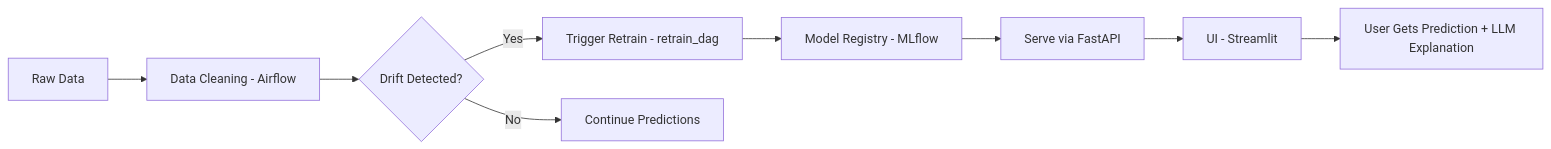
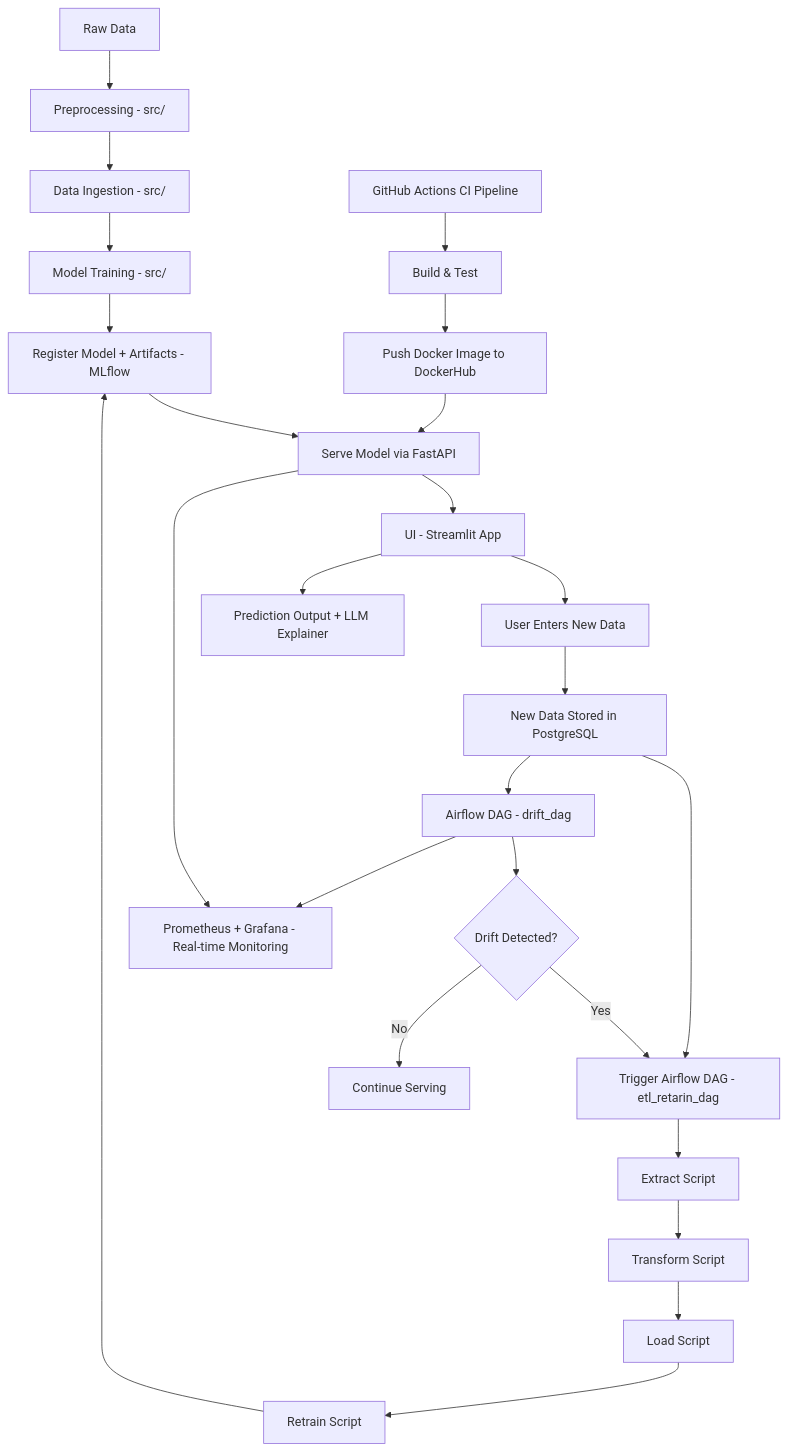
Before and after one commit to Anurag-raj03/Bank_Customer_Subscription_MLOPS: the diagram in README.md, drawn with Mermaid. The commit also changed other lines of this file, not shown here.

````diff
--- a/README.md
+++ b/README.md
@@ -167,13 +171,44 @@
 ```mermaid
-graph LR
-A[Raw Data] --> B[Data Cleaning - Airflow]
-B --> C{Drift Detected?}
-C -->|Yes| D[Trigger Retrain - retrain_dag]
-D --> E[Model Registry - MLflow]
-E --> F[Serve via FastAPI]
+graph TD
 
-C -->|No| G[Continue Predictions]
+%% Initial Stage - Data Processing from src folder
+A1[Raw Data] --> A2[Preprocessing - src/]
+A2 --> A3[Data Ingestion - src/]
+A3 --> A4[Model Training - src/]
+A4 --> A5[Register Model + Artifacts - MLflow]
 
-F --> H[UI - Streamlit]
-H --> I[User Gets Prediction + LLM Explanation]
+%% FastAPI Serving
+A5 --> B1[Serve Model via FastAPI]
+
+%% Streamlit Interaction
+B1 --> C1[UI - Streamlit App]
+C1 --> C2[User Enters New Data]
+C2 --> C3[New Data Stored in PostgreSQL]
+
+%% Airflow ETL + Retrain
+C3 --> D1[Trigger Airflow DAG - etl_retarin_dag]
+D1 --> D2[Extract Script]
+D2 --> D3[Transform Script]
+D3 --> D4[Load Script]
+D4 --> D5[Retrain Script]
+D5 --> A5
+
+%% Drift Detection DAG
+C3 --> E1[Airflow DAG - drift_dag]
+E1 --> E2{Drift Detected?}
+E2 -->|Yes| D1
+E2 -->|No| F1[Continue Serving]
+
+%% Monitoring Stack
+B1 --> G1[Prometheus + Grafana - Real-time Monitoring]
+E1 --> G1
+
+%% CI/CD Automation
+H1[GitHub Actions CI Pipeline]
+H1 --> H2[Build & Test]
+H2 --> H3[Push Docker Image to DockerHub]
+H3 --> B1
+
+%% Output + Explainability
+C1 --> I1[Prediction Output + LLM Explainer]
 ```
````
